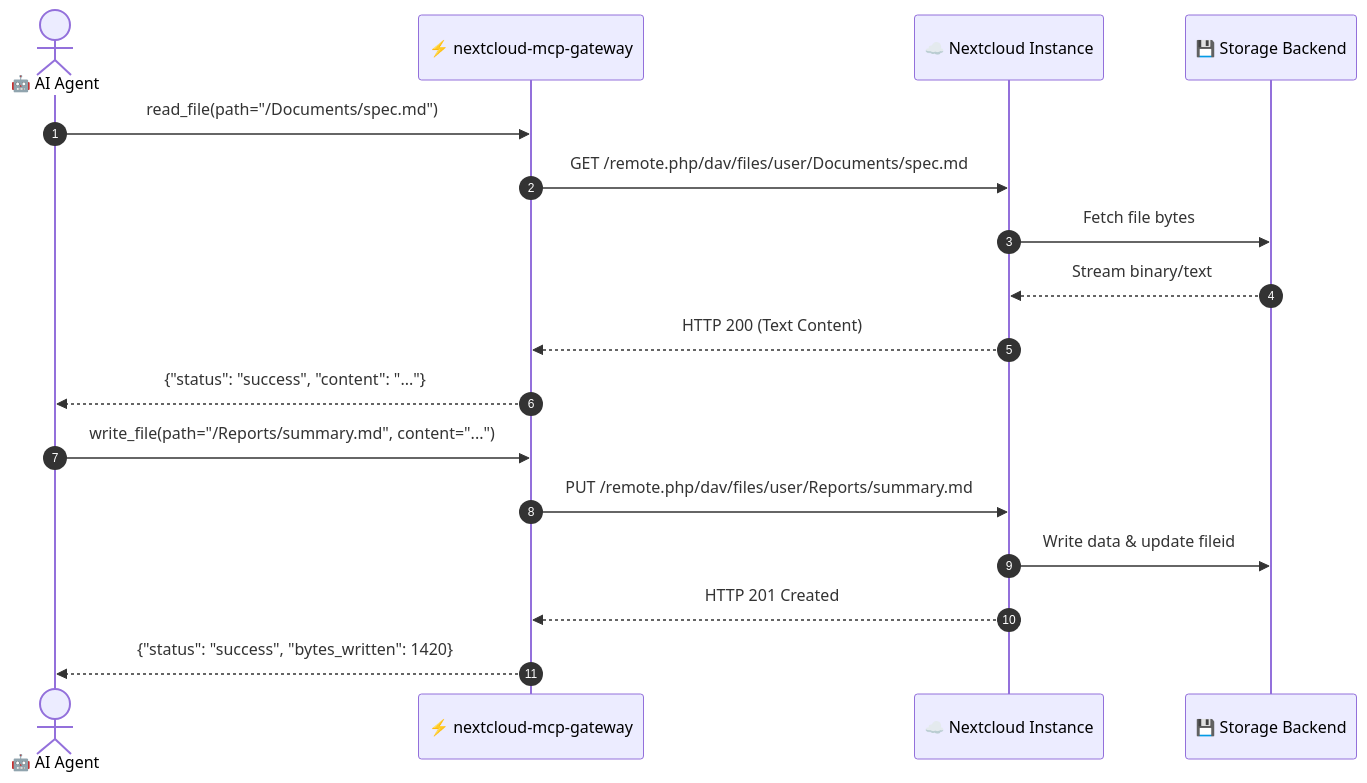
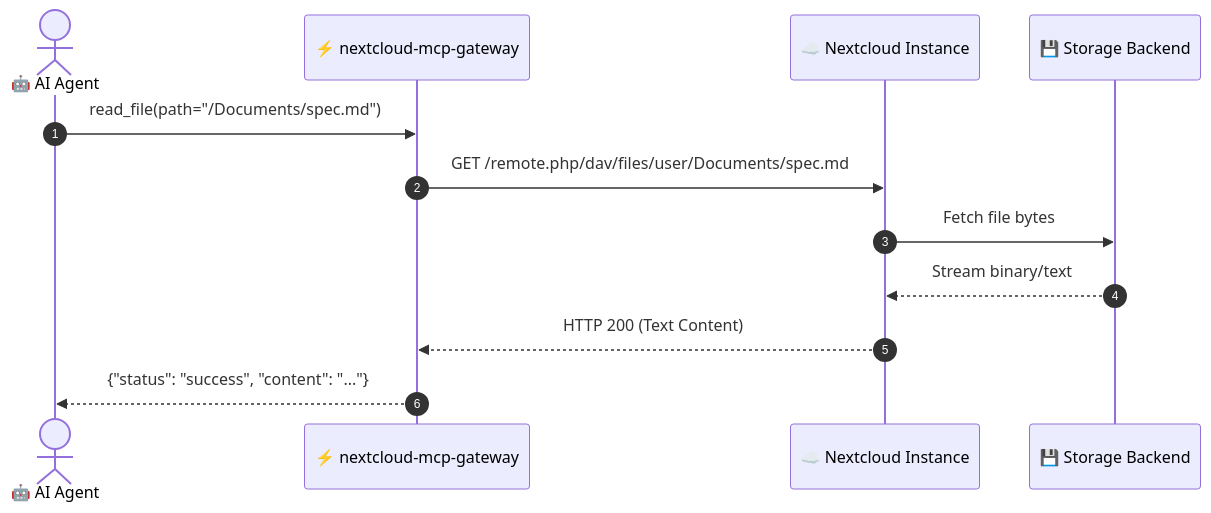
One commit to TheNovaNodes/nextcloud-mcp-gateway changed the second of 3 diagrams in ARCHITECTURE.md. Above: the diagram before and after it, drawn with Mermaid. The commit also changed other lines of this file, not shown here.

Commit message:
docs: synchronize ARCHITECTURE.md with MariaDB stack and HITL sequence flow

````diff
--- a/ARCHITECTURE.md
+++ b/ARCHITECTURE.md
@@ -28,21 +38,15 @@
 ```mermaid
 sequenceDiagram
     autonumber
     actor Agent as 🤖 AI Agent
     participant MCP as ⚡ nextcloud-mcp-gateway
     participant NC as ☁️ Nextcloud Instance
     participant Store as 💾 Storage Backend
 
     Agent->>MCP: read_file(path="/Documents/spec.md")
     MCP->>NC: GET /remote.php/dav/files/user/Documents/spec.md
     NC->>Store: Fetch file bytes
     Store-->>NC: Stream binary/text
     NC-->>MCP: HTTP 200 (Text Content)
     MCP-->>Agent: {"status": "success", "content": "..."}
-
-    Agent->>MCP: write_file(path="/Reports/summary.md", content="...")
-    MCP->>NC: PUT /remote.php/dav/files/user/Reports/summary.md
-    NC->>Store: Write data & update fileid
-    NC-->>MCP: HTTP 201 Created
-    MCP-->>Agent: {"status": "success", "bytes_written": 1420}
 ```
````
